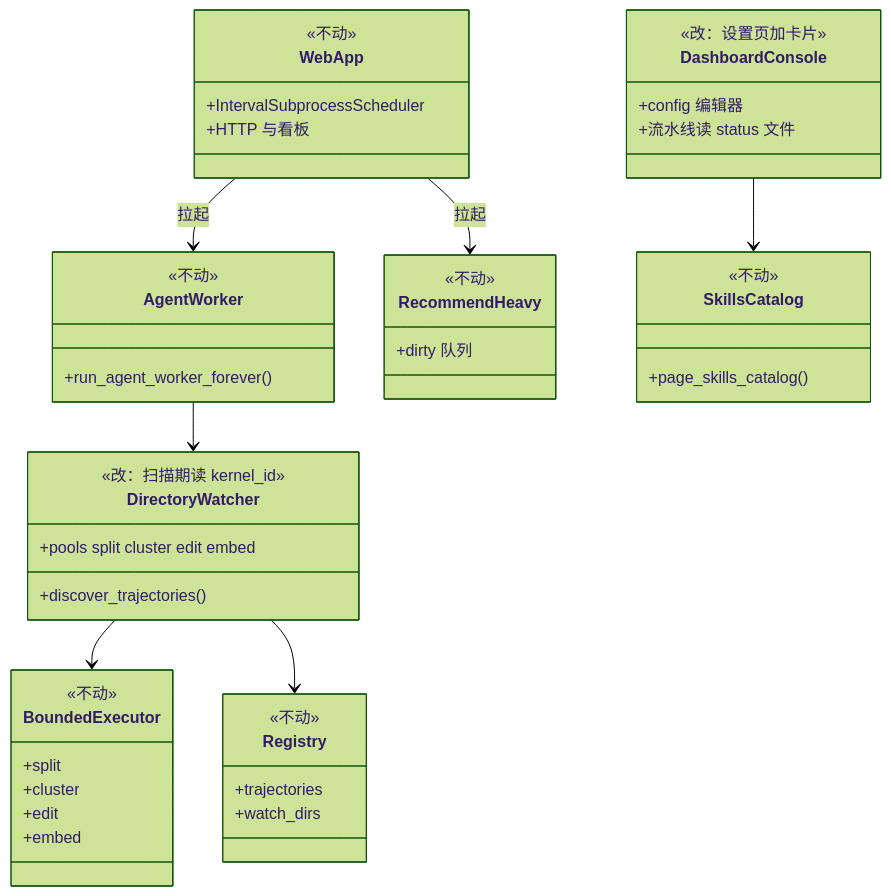
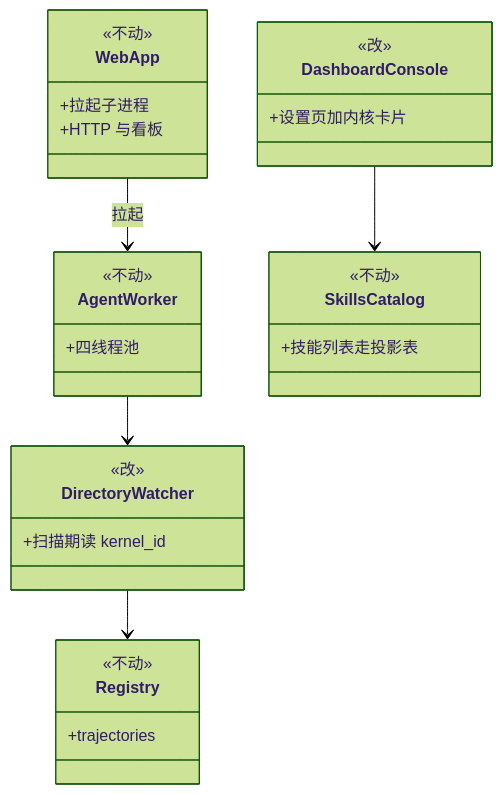
One commit to SkillNerds/xskill changed the fifth of 6 diagrams in docs/plans/2026-08-27-openearth-landing-on-main.md. Above: the diagram before and after it, drawn with Mermaid (forest theme). The commit also changed other lines of this file, not shown here.

First line of the commit message:
docs: put sequence and class diagrams first on the OE landing note

````diff
--- a/docs/plans/2026-08-27-openearth-landing-on-main.md
+++ b/docs/plans/2026-08-27-openearth-landing-on-main.md
@@ -224,49 +123,32 @@
 ```mermaid
 classDiagram
     class WebApp {
         <<不动>>
-        +IntervalSubprocessScheduler
+        +拉起子进程
         +HTTP 与看板
     }
     class AgentWorker {
         <<不动>>
-        +run_agent_worker_forever()
+        +四线程池
     }
     class DirectoryWatcher {
-        <<改：扫描期读 kernel_id>>
-        +pools split cluster edit embed
-        +discover_trajectories()
-    }
-    class BoundedExecutor {
-        <<不动>>
-        +split
-        +cluster
-        +edit
-        +embed
+        <<改>>
+        +扫描期读 kernel_id
     }
     class Registry {
         <<不动>>
         +trajectories
-        +watch_dirs
     }
     class SkillsCatalog {
         <<不动>>
-        +page_skills_catalog()
-    }
-    class RecommendHeavy {
-        <<不动>>
-        +dirty 队列
+        +技能列表走投影表
     }
     class DashboardConsole {
-        <<改：设置页加卡片>>
-        +config 编辑器
-        +流水线读 status 文件
+        <<改>>
+        +设置页加内核卡片
     }
-
     WebApp --> AgentWorker : 拉起
-    WebApp --> RecommendHeavy : 拉起
     AgentWorker --> DirectoryWatcher
-    DirectoryWatcher --> BoundedExecutor
     DirectoryWatcher --> Registry
     DashboardConsole --> SkillsCatalog
 ```
````
